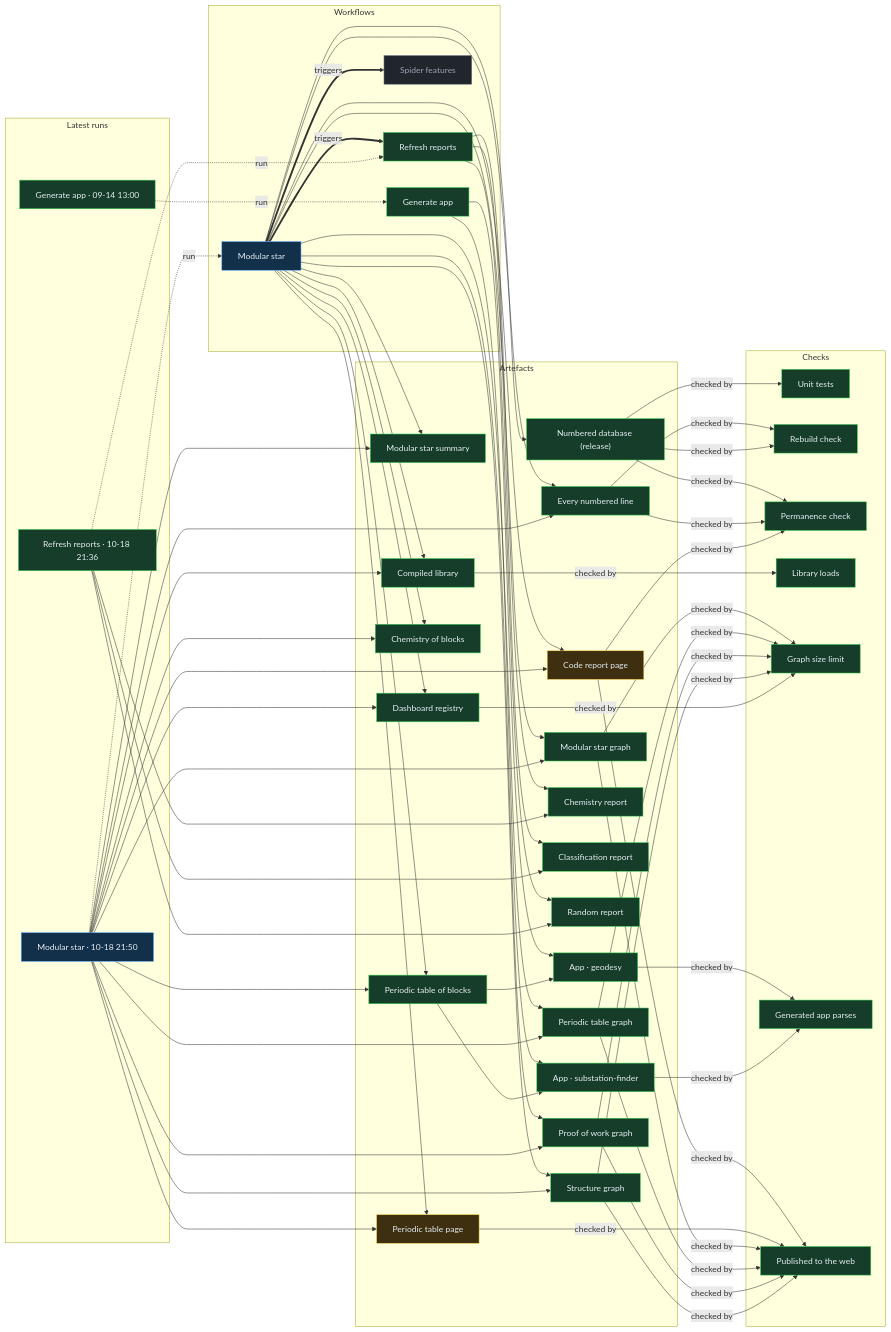
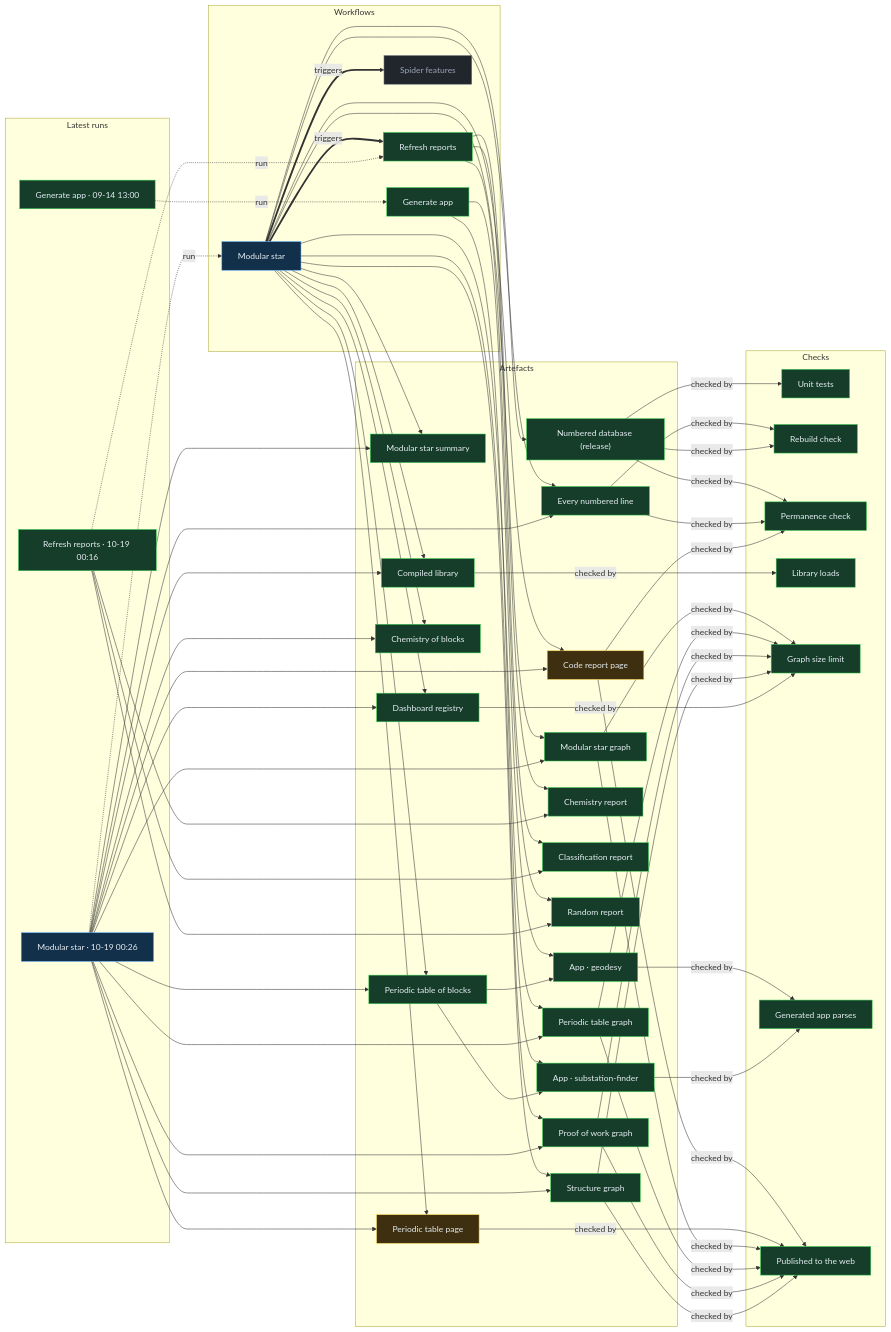
One commit to Ventusltd/stars changed the diagram in proof/PROOF.md. Above: the diagram before and after it, drawn with Mermaid. The commit also changed other lines of this file and 34 other files, not shown here.

Commit message:
Modular star 2026-10-19T00:28Z

```diff
--- a/proof/PROOF.md
+++ b/proof/PROOF.md
@@ -24,8 +24,8 @@
   n_wf_spider_features["Spider features"]:::off
   end
   subgraph g_runs["Latest runs"]
-  n_run_39169632669["Modular star · 10-18 21:50"]:::live
-  n_run_39168626150["Refresh reports · 10-18 21:36"]:::ok
+  n_run_39180793240["Modular star · 10-19 00:26"]:::live
+  n_run_39180012735["Refresh reports · 10-19 00:16"]:::ok
   n_run_34846587798["Generate app · 09-14 13:00"]:::ok
   end
   subgraph g_artefacts["Artefacts"]
@@ -59,39 +59,39 @@
   end
   n_wf_modular_star == triggers ==> n_wf_refresh
   n_wf_modular_star == triggers ==> n_wf_spider_features
-  n_run_39169632669 -. run .-> n_wf_modular_star
-  n_run_39168626150 -. run .-> n_wf_refresh
+  n_run_39180793240 -. run .-> n_wf_modular_star
+  n_run_39180012735 -. run .-> n_wf_refresh
   n_run_34846587798 -. run .-> n_wf_generate
   n_wf_modular_star --> n_art_summary
-  n_run_39169632669 --> n_art_summary
+  n_run_39180793240 --> n_art_summary
   n_wf_modular_star --> n_art_lines
-  n_run_39169632669 --> n_art_lines
+  n_run_39180793240 --> n_art_lines
   n_wf_modular_star --> n_art_code
-  n_run_39169632669 --> n_art_code
+  n_run_39180793240 --> n_art_code
   n_wf_modular_star --> n_art_modular_graph
-  n_run_39169632669 --> n_art_modular_graph
+  n_run_39180793240 --> n_art_modular_graph
   n_wf_modular_star --> n_art_blocks
-  n_run_39169632669 --> n_art_blocks
+  n_run_39180793240 --> n_art_blocks
   n_wf_modular_star --> n_art_table
-  n_run_39169632669 --> n_art_table
+  n_run_39180793240 --> n_art_table
   n_wf_modular_star --> n_art_blocks_graph
-  n_run_39169632669 --> n_art_blocks_graph
+  n_run_39180793240 --> n_art_blocks_graph
   n_wf_modular_star --> n_art_reactions
-  n_run_39169632669 --> n_art_reactions
+  n_run_39180793240 --> n_art_reactions
   n_wf_modular_star --> n_art_library
-  n_run_39169632669 --> n_art_library
+  n_run_39180793240 --> n_art_library
   n_wf_modular_star --> n_art_features
-  n_run_39169632669 --> n_art_features
+  n_run_39180793240 --> n_art_features
   n_wf_modular_star --> n_art_proof
-  n_run_39169632669 --> n_art_proof
+  n_run_39180793240 --> n_art_proof
   n_wf_modular_star --> n_art_structure
-  n_run_39169632669 --> n_art_structure
+  n_run_39180793240 --> n_art_structure
   n_wf_refresh --> n_art_chemistry
-  n_run_39168626150 --> n_art_chemistry
+  n_run_39180012735 --> n_art_chemistry
   n_wf_refresh --> n_art_vedic
-  n_run_39168626150 --> n_art_vedic
+  n_run_39180012735 --> n_art_vedic
   n_wf_refresh --> n_art_random
-  n_run_39168626150 --> n_art_random
+  n_run_39180012735 --> n_art_random
   n_wf_modular_star --> n_art_release
   n_wf_generate --> n_app_geodesy
   n_art_blocks --> n_app_geodesy
```
